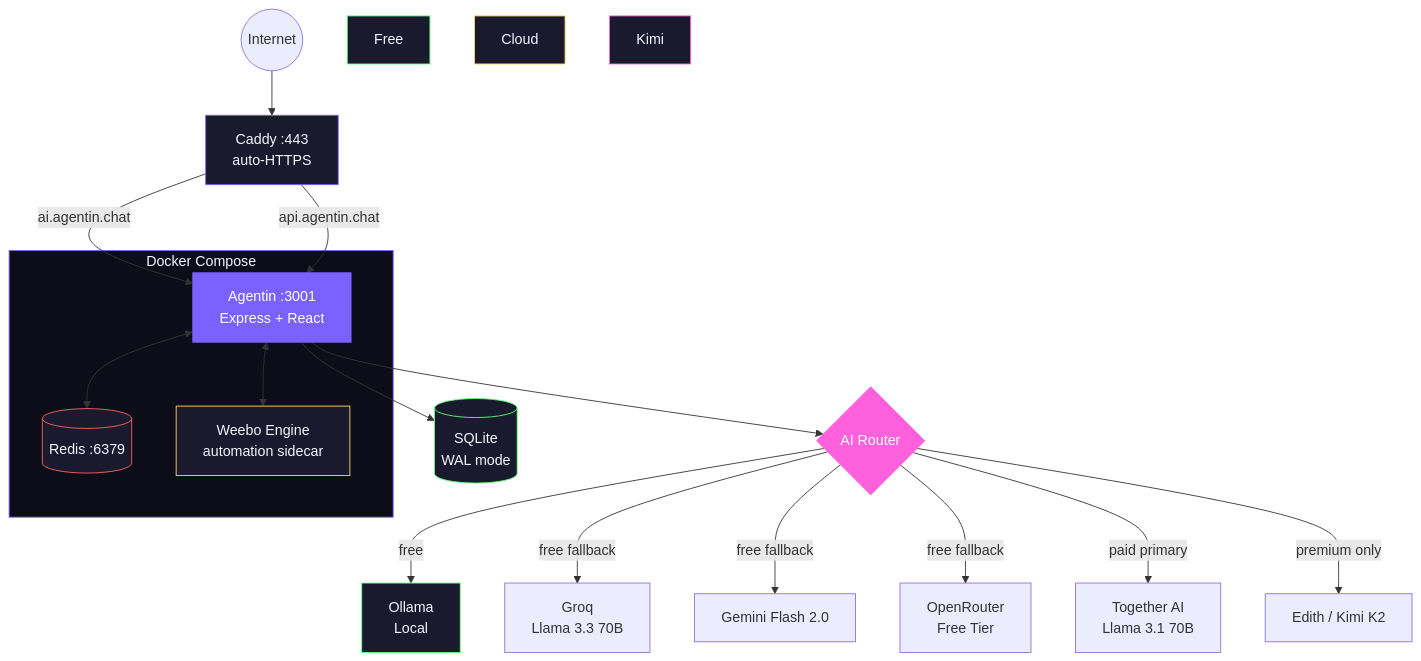
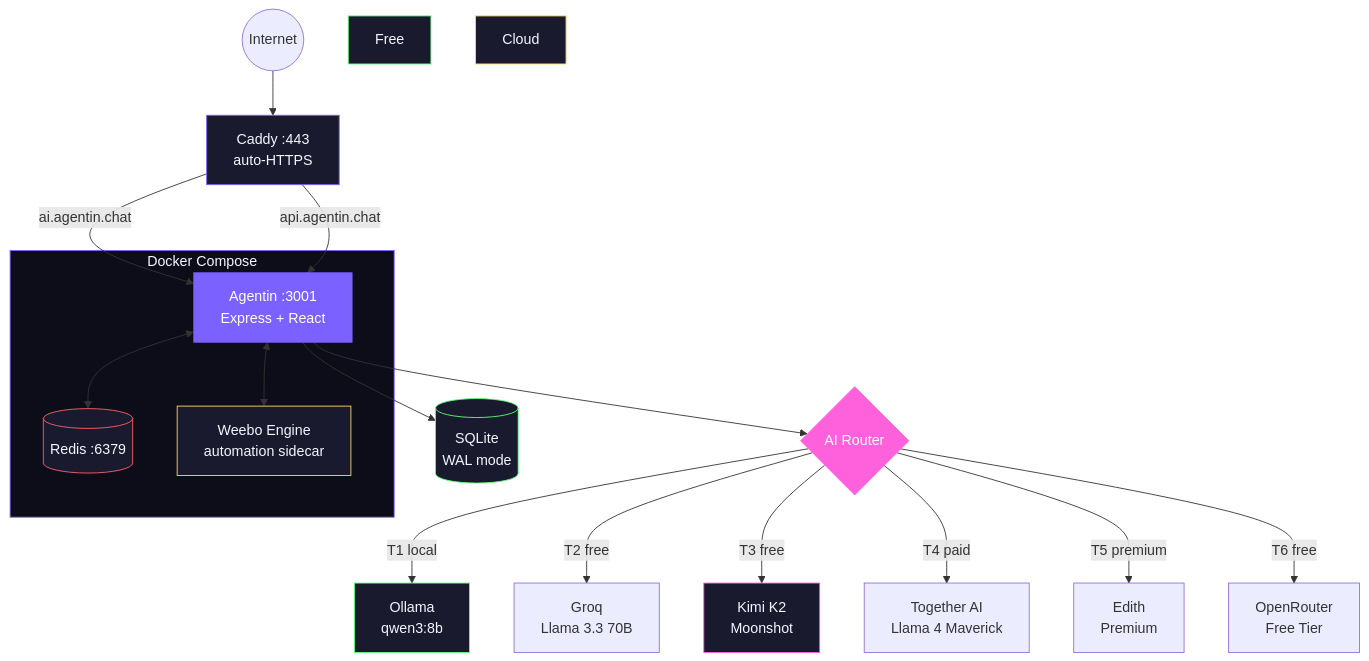
Before and after one commit to trendywink247-afk/GeekSpace2.0: the diagram in README.md, drawn with Mermaid. The commit also changed other lines of this file, not shown here.

````diff
--- a/README.md
+++ b/README.md
@@ -139,37 +151,37 @@
 ```mermaid
 graph TB
     Internet((Internet)) --> Caddy[Caddy :443<br/>auto-HTTPS]
 
     Caddy -->|ai.agentin.chat| App
     Caddy -->|api.agentin.chat| App
 
     subgraph Docker["Docker Compose"]
         App["Agentin :3001<br/>Express + React"]
         Redis[(Redis :6379)]
         Pico["Weebo Engine<br/>automation sidecar"]
         App <--> Redis
         App <--> Pico
     end
 
     App --> SQLite[(SQLite<br/>WAL mode)]
     App --> Router{"AI Router"}
 
-    Router -->|"free"| Ollama["Ollama<br/>Local"]
-    Router -->|"free fallback"| Groq["Groq<br/>Llama 3.3 70B"]
-    Router -->|"free fallback"| GemFree["Gemini Flash 2.0"]
-    Router -->|"free fallback"| ORFree["OpenRouter<br/>Free Tier"]
-    Router -->|"paid primary"| Together["Together AI<br/>Llama 3.1 70B"]
-    Router -->|"premium only"| Edith["Edith / Kimi K2"]
+    Router -->|"T1 local"| Ollama["Ollama<br/>qwen3:8b"]
+    Router -->|"T2 free"| Groq["Groq<br/>Llama 3.3 70B"]
+    Router -->|"T3 free"| Kimi["Kimi K2<br/>Moonshot"]
+    Router -->|"T4 paid"| Together["Together AI<br/>Llama 4 Maverick"]
+    Router -->|"T5 premium"| Edith["Edith<br/>Premium"]
+    Router -->|"T6 free"| ORFree["OpenRouter<br/>Free Tier"]
 
     style App fill:#7B61FF,stroke:#7B61FF,color:#fff
     style Router fill:#FF61DC,stroke:#FF61DC,color:#fff
     style Caddy fill:#1A1A2E,stroke:#7B61FF,color:#F4F6FF
     style Docker fill:#0D0D1A,stroke:#7B61FF,color:#F4F6FF
     style SQLite fill:#1A1A2E,stroke:#61FF7B,color:#F4F6FF
     style Redis fill:#1A1A2E,stroke:#FF6161,color:#F4F6FF
     style Pico fill:#1A1A2E,stroke:#FFD761,color:#F4F6FF
     style Ollama fill:#1A1A2E,stroke:#61FF7B,color:#F4F6FF
     style Free fill:#1A1A2E,stroke:#61FF7B,color:#F4F6FF
     style Cloud fill:#1A1A2E,stroke:#FFD761,color:#F4F6FF
     style Kimi fill:#1A1A2E,stroke:#FF61DC,color:#F4F6FF
 ```
````
